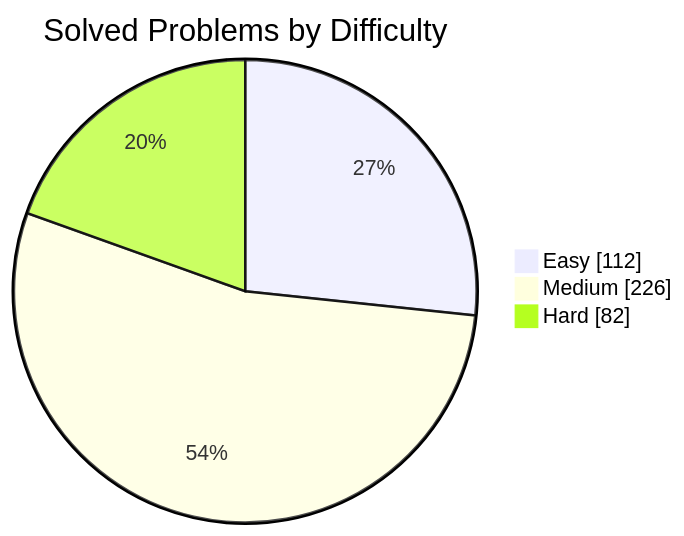
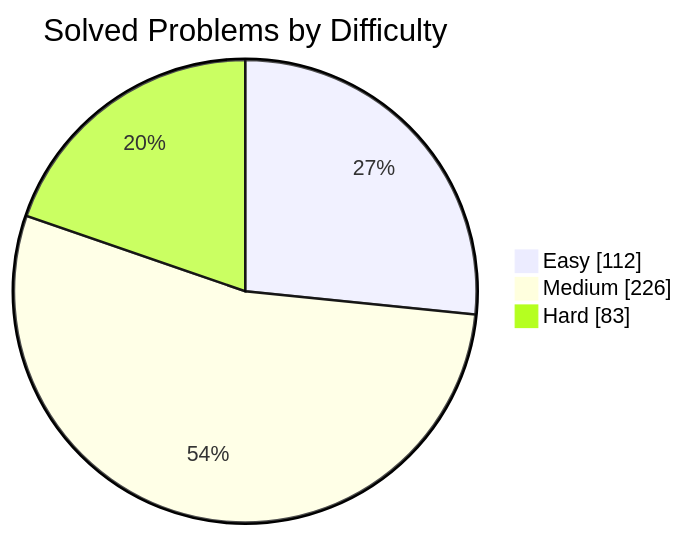
One commit to manikantbindass/DSA-Preparation-FAANG changed the first of 2 diagrams in README.md. Above: the diagram before and after it, drawn with Mermaid. The commit also changed other lines of this file and 1 other file, not shown here.

````diff
--- a/README.md
+++ b/README.md
@@ -77,7 +77,7 @@
 ```mermaid
 pie showData
     title Solved Problems by Difficulty
     "Easy" : 112
     "Medium" : 226
-    "Hard" : 82
+    "Hard" : 83
 ```
````
